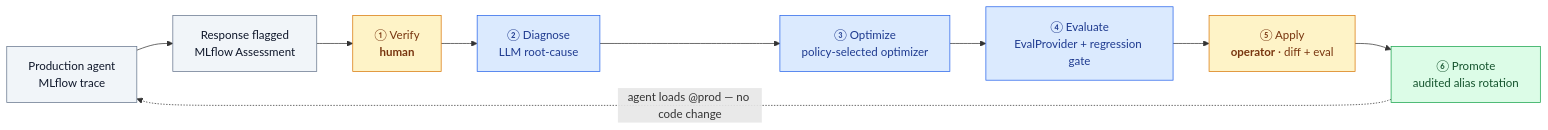
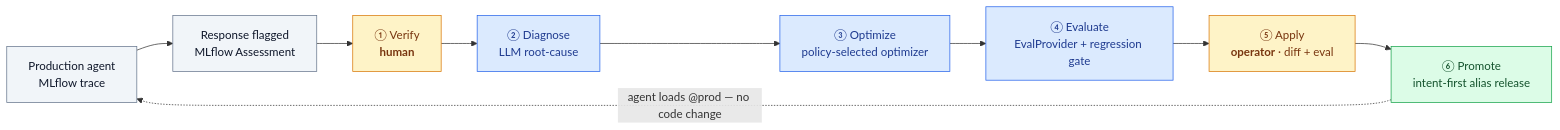
The third of 8 diagrams in ARCHITECTURE.md (rrahimi-uci/caliber-suite), drawn with Mermaid before and after one commit. The commit also changed other lines of this file and 54 other files, not shown here.

````diff
--- a/ARCHITECTURE.md
+++ b/ARCHITECTURE.md
@@ -221,19 +221,19 @@
 ```mermaid
 flowchart LR
     trace["Production agent<br/>MLflow trace"]:::src
     flag["Response flagged<br/>MLflow Assessment"]:::src
     v["① Verify<br/><b>human</b>"]:::human
     d["② Diagnose<br/>LLM root-cause"]:::auto
     g["③ Optimize<br/>policy-selected optimizer"]:::auto
     e["④ Evaluate<br/>EvalProvider + regression gate"]:::auto
     a["⑤ Apply<br/><b>operator</b> · diff + eval"]:::human
-    p["⑥ Promote<br/>audited alias rotation"]:::ship
+    p["⑥ Promote<br/>intent-first alias release"]:::ship
 
     trace --> flag --> v --> d --> g --> e --> a --> p
     p -.->|"agent loads @prod — no code change"| trace
 
     classDef src fill:#f1f5f9,stroke:#64748b,color:#0f172a;
     classDef human fill:#fef3c7,stroke:#d97706,color:#78350f;
     classDef auto fill:#dbeafe,stroke:#2563eb,color:#1e3a8f;
     classDef ship fill:#dcfce7,stroke:#16a34a,color:#14532d;
 ```
````
